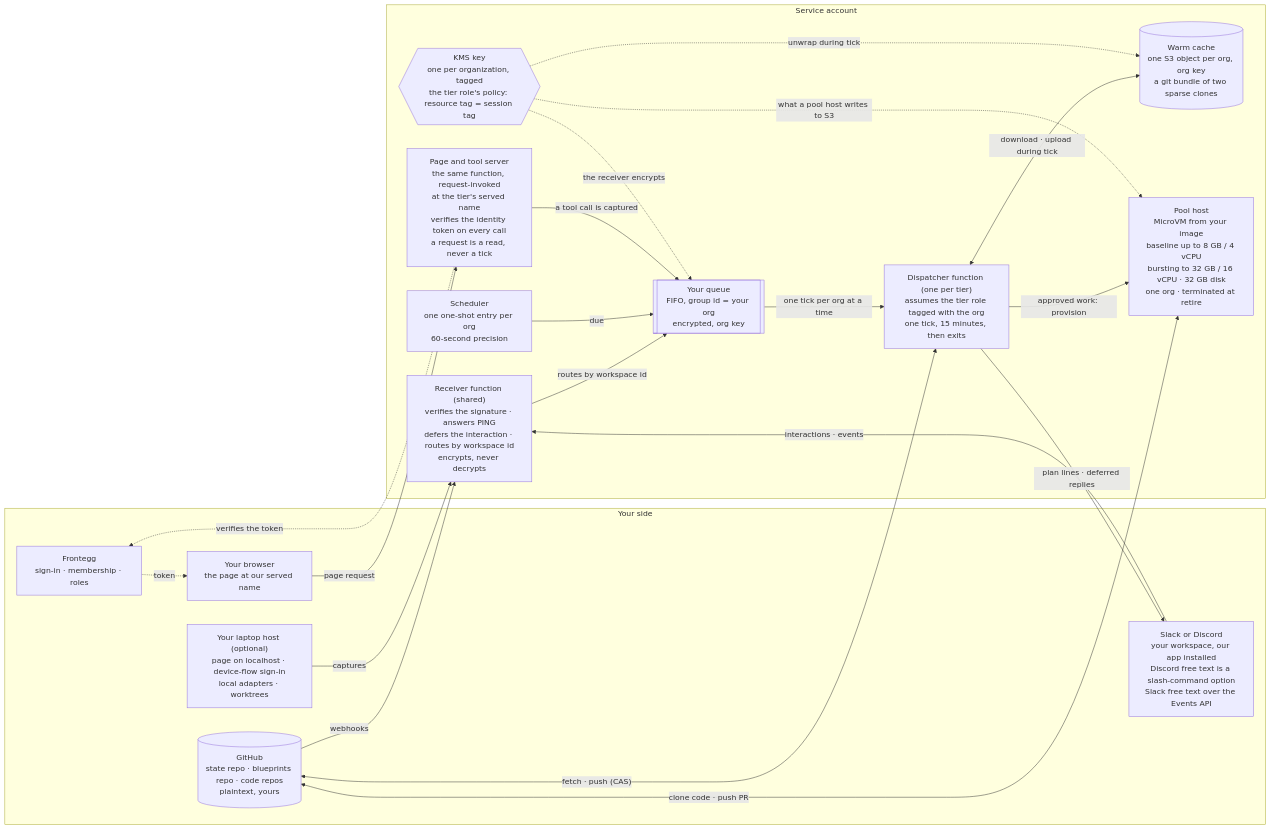
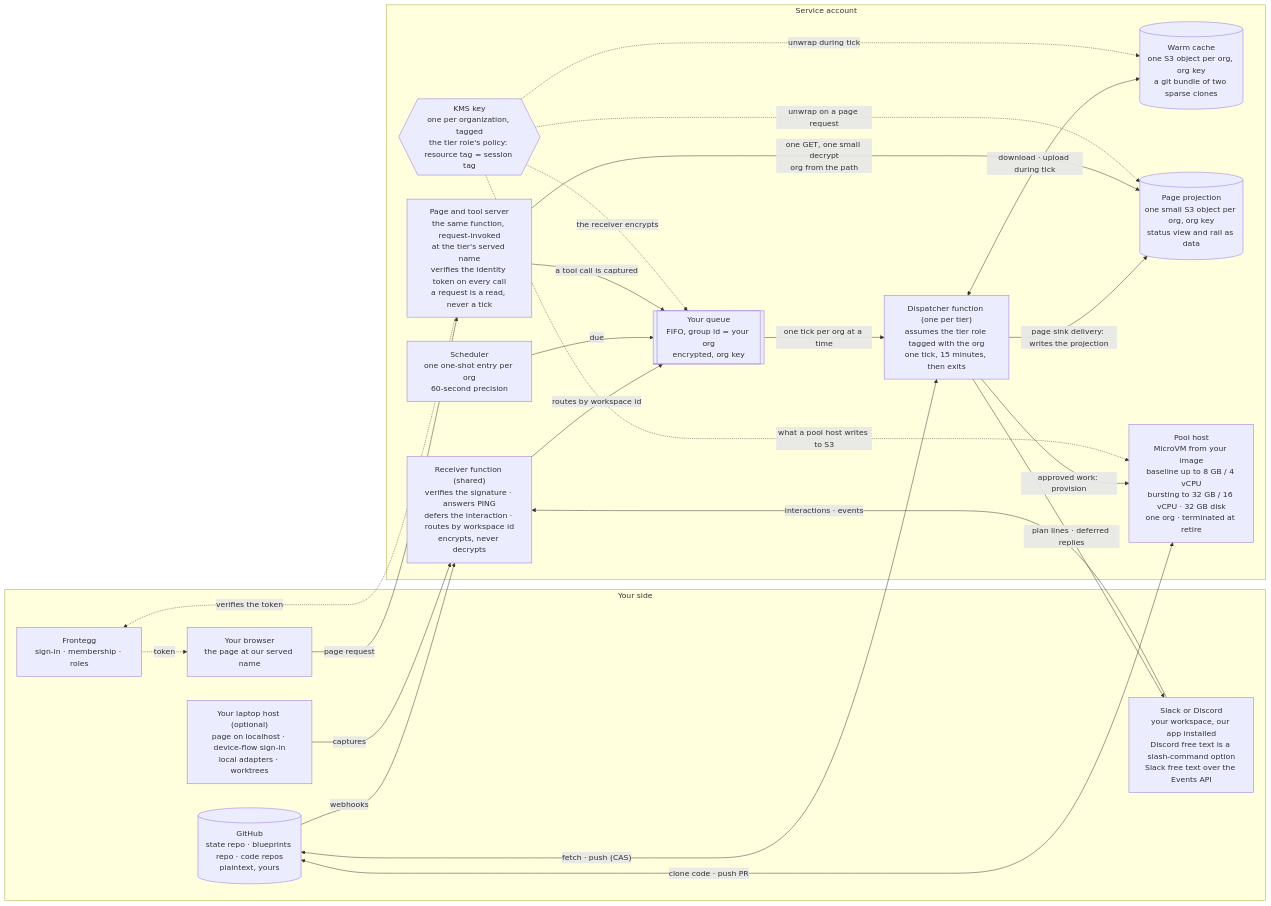
The diagram in design/flywheel-next/proposals/hosted-design.md (agentplot/blueprints), drawn with Mermaid before and after one commit. The commit also changed other lines of this file and 18 other files, not shown here.

First line of the commit message:
docs(flywheel-next): 291 — page requests read a per-organization projection written by the tick; 237 — an owner is one member or nobody; surfaces S169 and the owner row follow

````diff
--- a/design/flywheel-next/proposals/hosted-design.md
+++ b/design/flywheel-next/proposals/hosted-design.md
@@ -16,38 +16,42 @@
 ```mermaid
 flowchart LR
   subgraph you["Your side"]
     gh[("GitHub<br/>state repo · blueprints repo · code repos<br/>plaintext, yours")]
     lap["Your laptop host (optional)<br/>page on localhost · device-flow sign-in<br/>local adapters · worktrees"]
     chat["Slack or Discord<br/>your workspace, our app installed<br/>Discord free text is a slash-command option<br/>Slack free text over the Events API"]
     idp["Frontegg<br/>sign-in · membership · roles"]
     br["Your browser<br/>the page at our served name"]
   end
   subgraph svc["Service account"]
     rcv["Receiver function (shared)<br/>verifies the signature · answers PING<br/>defers the interaction · routes by workspace id<br/>encrypts, never decrypts"]
     q[["Your queue<br/>FIFO, group id = your org<br/>encrypted, org key"]]
     disp["Dispatcher function (one per tier)<br/>assumes the tier role tagged with the org<br/>one tick, 15 minutes, then exits"]
     page["Page and tool server<br/>the same function, request-invoked<br/>at the tier's served name<br/>verifies the identity token on every call<br/>a request is a read, never a tick"]
     cache[("Warm cache<br/>one S3 object per org, org key<br/>a git bundle of two sparse clones")]
+    proj[("Page projection<br/>one small S3 object per org, org key<br/>status view and rail as data")]
     sched["Scheduler<br/>one one-shot entry per org<br/>60-second precision"]
     pool["Pool host<br/>MicroVM from your image<br/>baseline up to 8 GB / 4 vCPU<br/>bursting to 32 GB / 16 vCPU · 32 GB disk<br/>one org · terminated at retire"]
     key{{"KMS key<br/>one per organization, tagged<br/>the tier role's policy: resource tag = session tag"}}
   end
   gh -- "webhooks" --> rcv
   chat -- "interactions · events" --> rcv
   lap -- "captures" --> rcv
   rcv -- "routes by workspace id" --> q
   q -- "one tick per org at a time" --> disp
   sched -- "due" --> q
   br -- "page request" --> page
   idp -. "token" .-> br
   page -. "verifies the token" .-> idp
   page -- "a tool call is captured" --> q
   disp <-- "fetch · push (CAS)" --> gh
   disp <-- "download · upload during tick" --> cache
   disp -- "plan lines · deferred replies" --> chat
   disp -- "approved work: provision" --> pool
   pool <-- "clone code · push PR" --> gh
+  disp -- "page sink delivery: writes the projection" --> proj
+  page -- "one GET, one small decrypt<br/>org from the path" --> proj
   key -. "unwrap during tick" .-> cache
+  key -. "unwrap on a page request" .-> proj
   key -. "the receiver encrypts" .-> q
   key -. "what a pool host writes to S3" .-> pool
 ```
````
